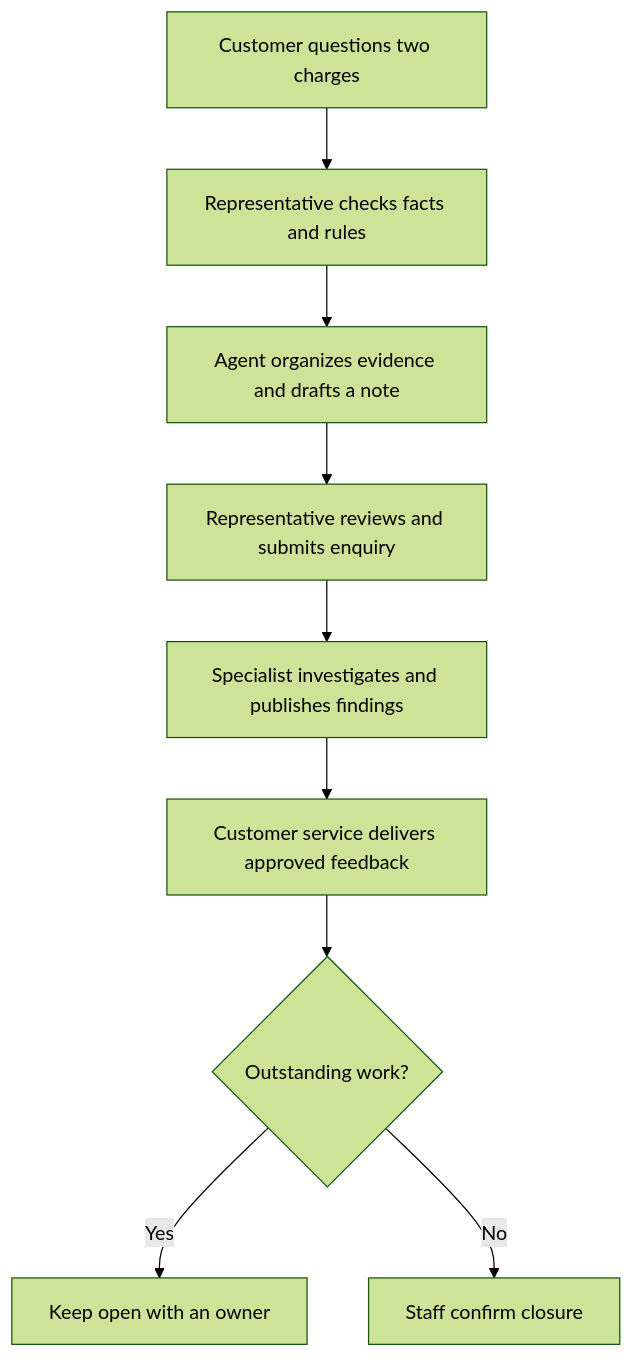
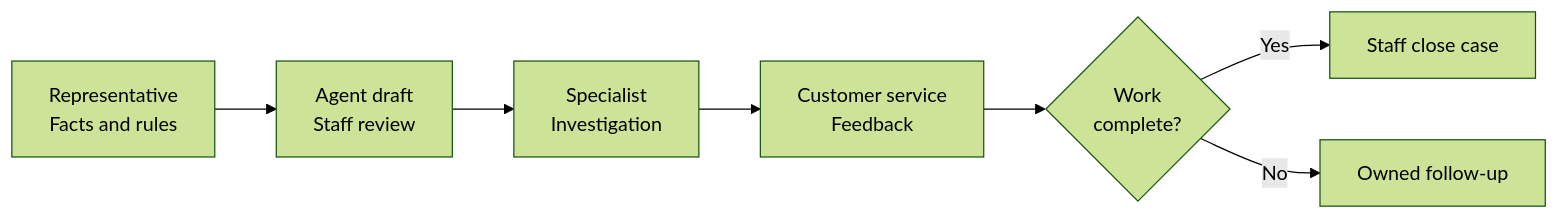
Before and after one commit to xc8609/service-agent-portfolio: the diagram in README.md, drawn with Mermaid (forest theme).

Commit message:
docs: keep the business flow readable at GitHub page width

````diff
--- a/README.md
+++ b/README.md
@@ -26,11 +26,9 @@
 ```mermaid
-flowchart TD
-    A[Customer questions two charges] --> B[Representative checks facts and rules]
-    B --> C[Agent organizes evidence and drafts a note]
-    C --> D[Representative reviews and submits enquiry]
-    D --> E[Specialist investigates and publishes findings]
-    E --> F[Customer service delivers approved feedback]
-    F --> G{Outstanding work?}
-    G -->|Yes| H[Keep open with an owner]
-    G -->|No| I[Staff confirm closure]
+flowchart LR
+    A["Representative<br/>Facts and rules"] --> B["Agent draft<br/>Staff review"]
+    B --> C["Specialist<br/>Investigation"]
+    C --> D["Customer service<br/>Feedback"]
+    D --> E{"Work<br/>complete?"}
+    E -->|Yes| F[Staff close case]
+    E -->|No| G[Owned follow-up]
 ```
````
